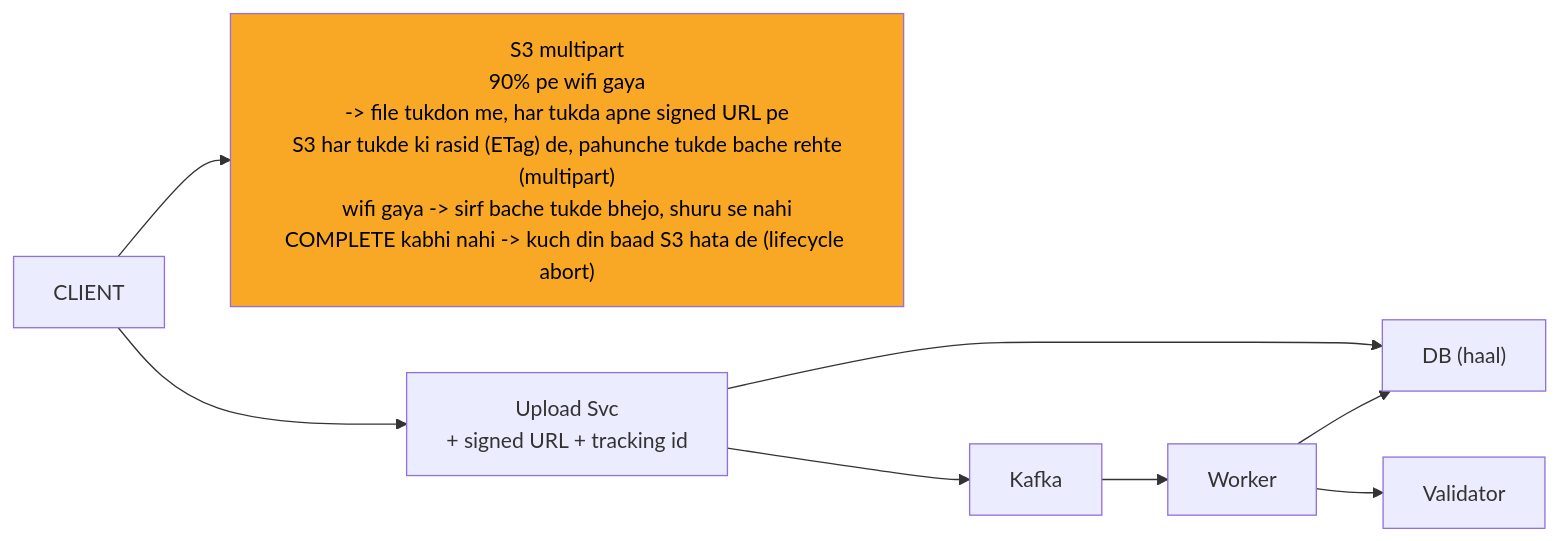
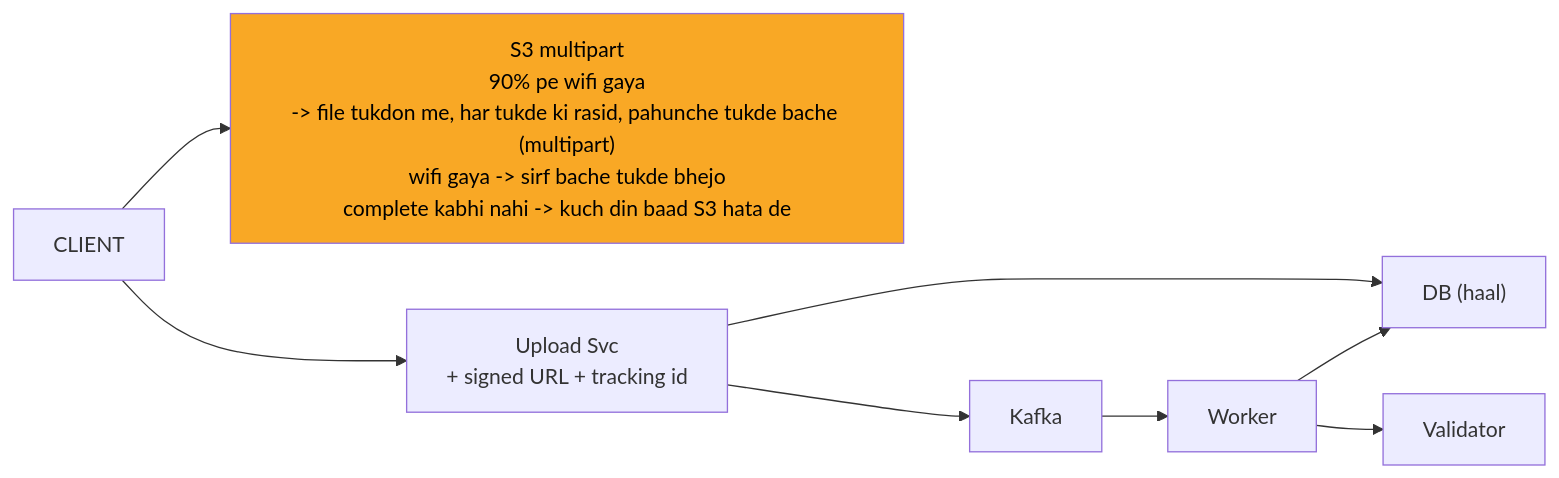
Before and after one commit to ArpanMaheshwari144/Prep: the diagram in 04_HLD/SYSTEM_DESIGNS/07_file_upload_validate_system/img/c3.mmd, drawn with Mermaid. The commit also changed 38 other files, not shown here.

```diff
--- a/04_HLD/SYSTEM_DESIGNS/07_file_upload_validate_system/img/c3.mmd
+++ b/04_HLD/SYSTEM_DESIGNS/07_file_upload_validate_system/img/c3.mmd
@@ -1,17 +1,17 @@
 %%{init: {"flowchart": {"wrappingWidth": 450}}}%%
 flowchart LR
     n_CLIENT["CLIENT"]
-    n_S3["S3 multipart<br/>90% pe wifi gaya<br/>-> file tukdon me, har tukda apne signed URL pe<br/>S3 har tukde ki rasid (ETag) de, pahunche tukde bache rehte<br/>(multipart)<br/>wifi gaya -> sirf bache tukde bhejo, shuru se nahi<br/>COMPLETE kabhi nahi -> kuch din baad S3 hata de (lifecycle abort)"]
+    n_S3["S3 multipart<br/>90% pe wifi gaya<br/>-> file tukdon me, har tukde ki rasid, pahunche tukde bache (multipart)<br/>wifi gaya -> sirf bache tukde bhejo<br/>complete kabhi nahi -> kuch din baad S3 hata de"]
     n_Upload_Svc["Upload Svc<br/>+ signed URL + tracking id"]
     n_DB["DB (haal)"]
     n_Kafka["Kafka"]
     n_Worker["Worker"]
     n_Validator["Validator"]
     n_CLIENT --> n_S3
     n_CLIENT --> n_Upload_Svc
     n_Upload_Svc --> n_DB
     n_Upload_Svc --> n_Kafka
     n_Kafka --> n_Worker
     n_Worker --> n_Validator
     n_Worker --> n_DB
     style n_S3 fill:#f9a825,color:#000
```
